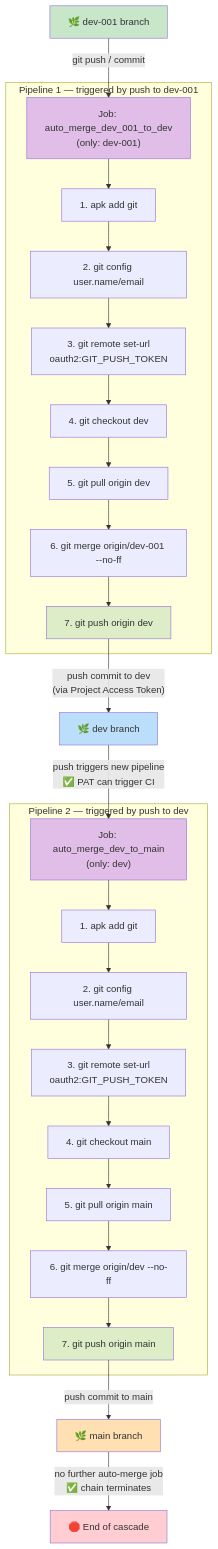
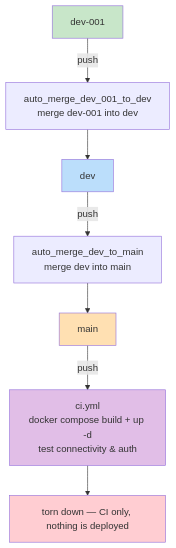
Before and after one commit to Mcc-Mak/application-proxy-server: the diagram in README.md, drawn with Mermaid. The commit also changed other lines of this file and 3 other files, not shown here.

````diff
--- a/README.md
+++ b/README.md
@@ -21,45 +72,15 @@
 ```mermaid
 flowchart TD
-    DEV001["🌿 dev-001 branch"]
-    DEV["🌿 dev branch"]
-    MAIN["🌿 main branch"]
-
-    DEV001 -->|"git push / commit"| T1
-
-    subgraph P1["Pipeline 1 — triggered by push to dev-001"]
-        T1["Job: auto_merge_dev_001_to_dev<br/>(only: dev-001)"]
-        T1 --> S1["1. apk add git"]
-        S1 --> S2["2. git config user.name/email"]
-        S2 --> S3["3. git remote set-url<br/>oauth2:GIT_PUSH_TOKEN"]
-        S3 --> S4["4. git checkout dev"]
-        S4 --> S5["5. git pull origin dev"]
-        S5 --> S6["6. git merge origin/dev-001 --no-ff"]
-        S6 --> S7["7. git push origin dev"]
-    end
-
-    S7 -->|"push commit to dev<br/>(via Project Access Token)"| DEV
-    DEV -->|"push triggers new pipeline<br/>✅ PAT can trigger CI"| T2
-
-    subgraph P2["Pipeline 2 — triggered by push to dev"]
-        T2["Job: auto_merge_dev_to_main<br/>(only: dev)"]
-        T2 --> U1["1. apk add git"]
-        U1 --> U2["2. git config user.name/email"]
-        U2 --> U3["3. git remote set-url<br/>oauth2:GIT_PUSH_TOKEN"]
-        U3 --> U4["4. git checkout main"]
-        U4 --> U5["5. git pull origin main"]
-        U5 --> U6["6. git merge origin/dev --no-ff"]
-        U6 --> U7["7. git push origin main"]
-    end
-
-    U7 -->|"push commit to main"| MAIN
-    MAIN -->|"no further auto-merge job<br/>✅ chain terminates"| STOP["🛑 End of cascade"]
+    DEV001["dev-001"] -->|"push"| M1
+    M1["auto_merge_dev_001_to_dev<br/>merge dev-001 into dev"] --> DEV
+    DEV["dev"] -->|"push"| M2
+    M2["auto_merge_dev_to_main<br/>merge dev into main"] --> MAIN
+    MAIN["main"] -->|"push"| CI["ci.yml<br/>docker compose build + up -d<br/>test connectivity &amp; auth"]
+    CI --> DONE["torn down — CI only, nothing is deployed"]
 
     style DEV001 fill:#c8e6c9
     style DEV fill:#bbdefb
     style MAIN fill:#ffe0b2
-    style T1 fill:#e1bee7
-    style T2 fill:#e1bee7
-    style STOP fill:#ffcdd2
-    style S7 fill:#dcedc8
-    style U7 fill:#dcedc8
+    style CI fill:#e1bee7
+    style DONE fill:#ffcdd2
 ```
````
